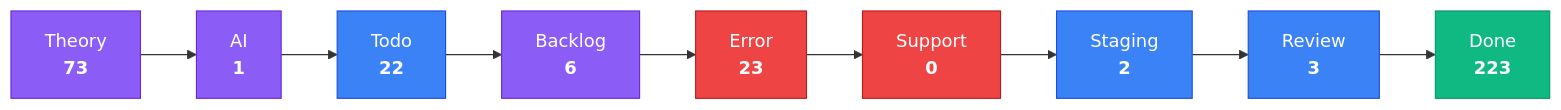
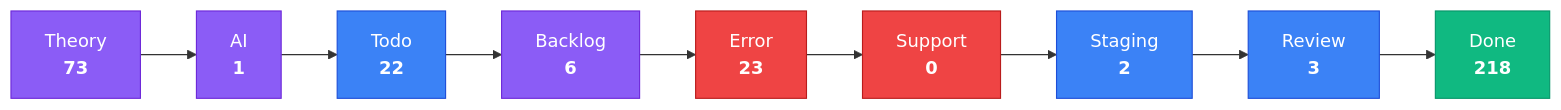
One commit to KBVE/kbve changed the third of 4 diagrams in apps/kbve/astro-kbve/src/content/docs/dashboard/kanban-data.mdx. Above: the diagram before and after it, drawn with Mermaid. The commit also changed other lines of this file and 2 other files, not shown here.

````diff
--- a/apps/kbve/astro-kbve/src/content/docs/dashboard/kanban-data.mdx
+++ b/apps/kbve/astro-kbve/src/content/docs/dashboard/kanban-data.mdx
@@ -80,28 +215,28 @@
 ```mermaid
 flowchart LR
     classDef planning fill:#8b5cf6,stroke:#6d28d9,color:#fff
     classDef active fill:#3b82f6,stroke:#1d4ed8,color:#fff
     classDef blocked fill:#ef4444,stroke:#b91c1c,color:#fff
     classDef done fill:#10b981,stroke:#059669,color:#fff
     Theory["Theory<br/><strong>73</strong>"]
     Theory --> AI
     AI["AI<br/><strong>1</strong>"]
     AI --> Todo
     Todo["Todo<br/><strong>22</strong>"]
     Todo --> Backlog
     Backlog["Backlog<br/><strong>6</strong>"]
     Backlog --> Error
     Error["Error<br/><strong>23</strong>"]
     Error --> Support
     Support["Support<br/><strong>0</strong>"]
     Support --> Staging
     Staging["Staging<br/><strong>2</strong>"]
     Staging --> Review
     Review["Review<br/><strong>3</strong>"]
     Review --> Done
-    Done["Done<br/><strong>223</strong>"]
+    Done["Done<br/><strong>218</strong>"]
     class Theory,AI,Backlog planning
     class Todo,Staging,Review active
     class Error,Support blocked
     class Done done
 ```
````
